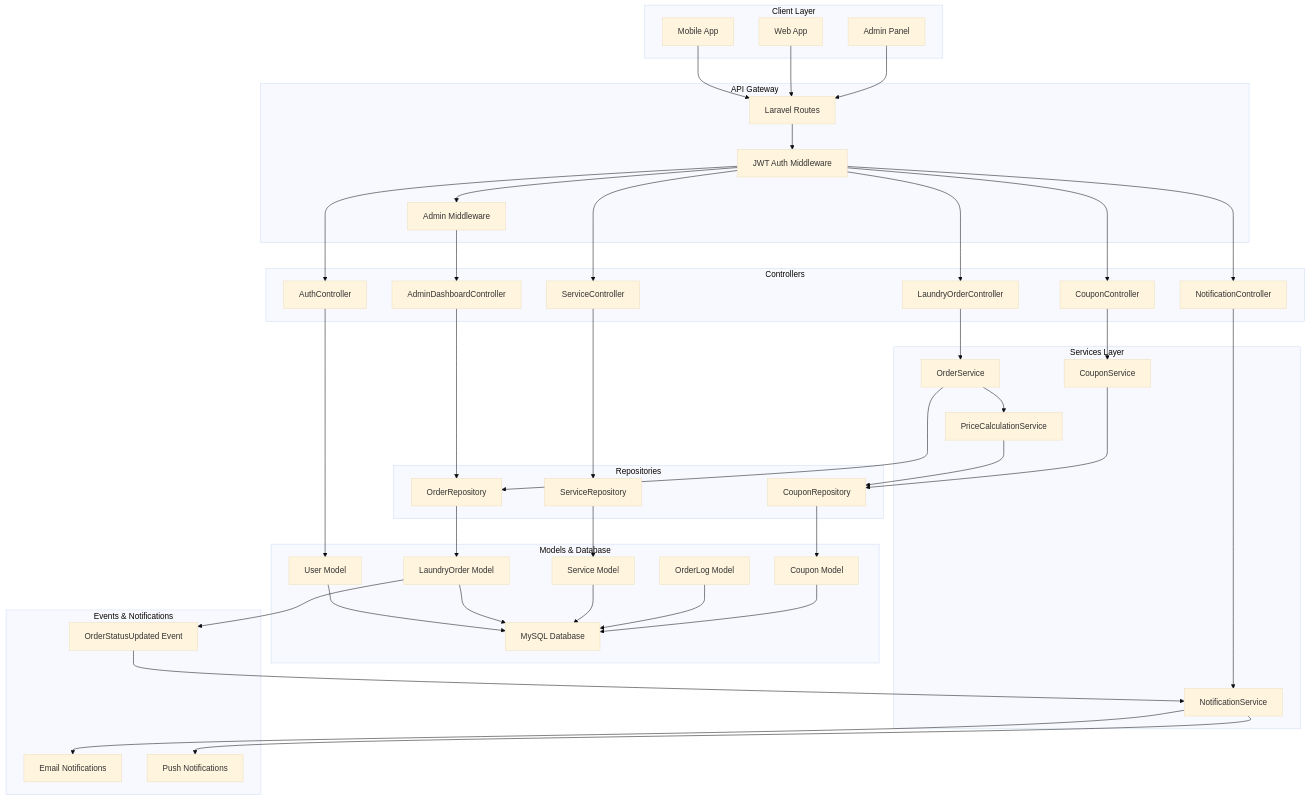
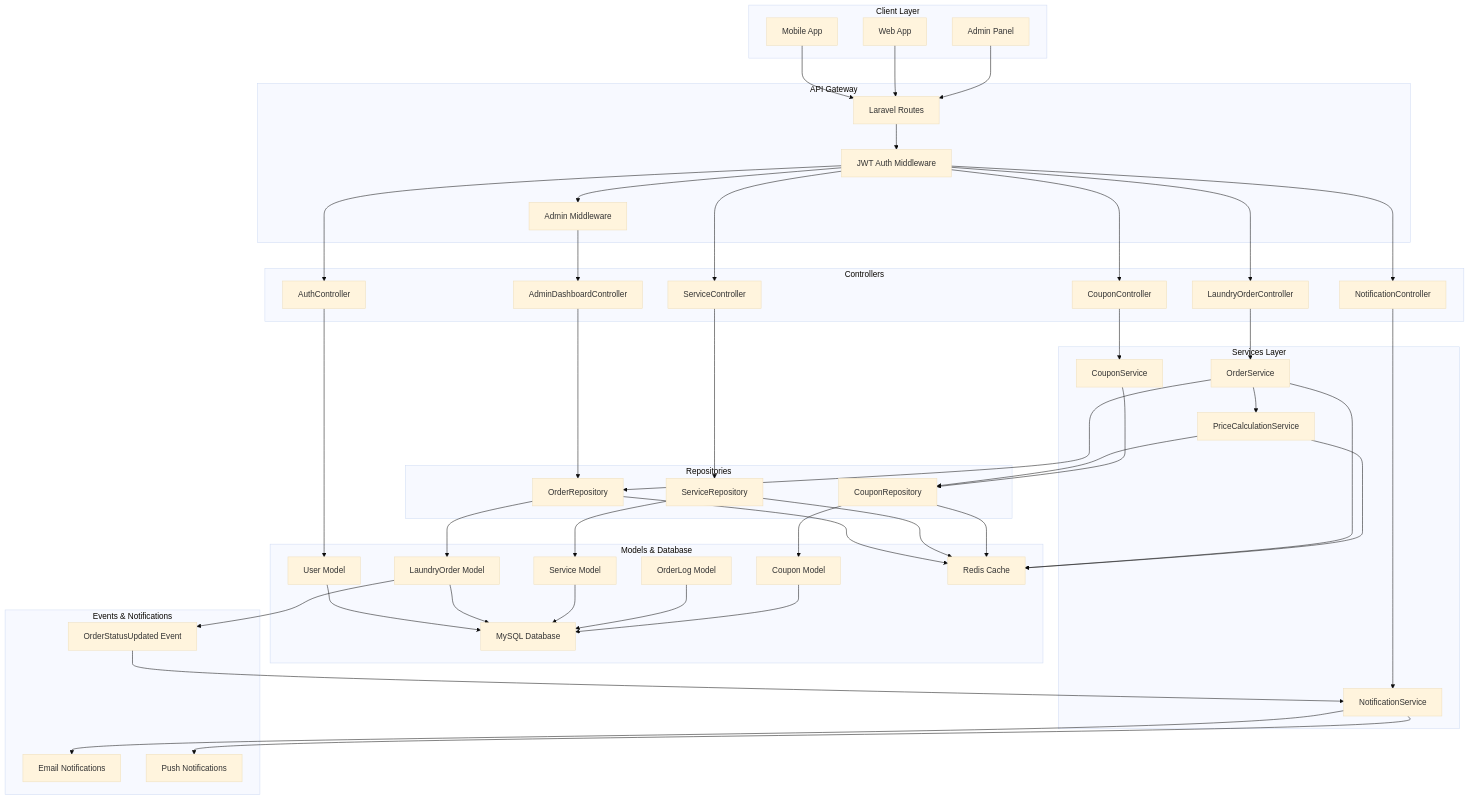
The second of 5 diagrams in project-architecture.md (Shoaib3375/luandryapi), drawn with Mermaid (base theme) before and after one commit. The commit also changed other lines of this file and 8 other files, not shown here.

Commit message:
feat: add redis cache in services

````diff
--- a/project-architecture.md
+++ b/project-architecture.md
@@ -121,6 +121,7 @@
         W[OrderLog Model]
         X[Coupon Model]
         Y[MySQL Database]
+        Z1[Redis Cache]
     end
     
     subgraph "Events & Notifications"
@@ -166,6 +167,12 @@
     W --> Y
     X --> Y
     
+    Q --> Z1
+    R --> Z1
+    S --> Z1
+    M --> Z1
+    N --> Z1
+    
     U --> Z
     Z --> P
 ```
````
